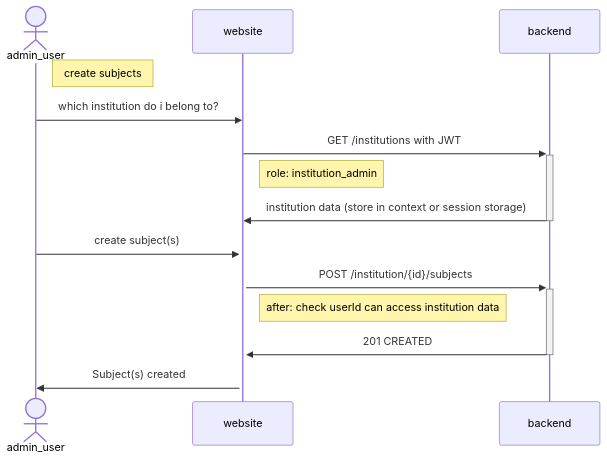
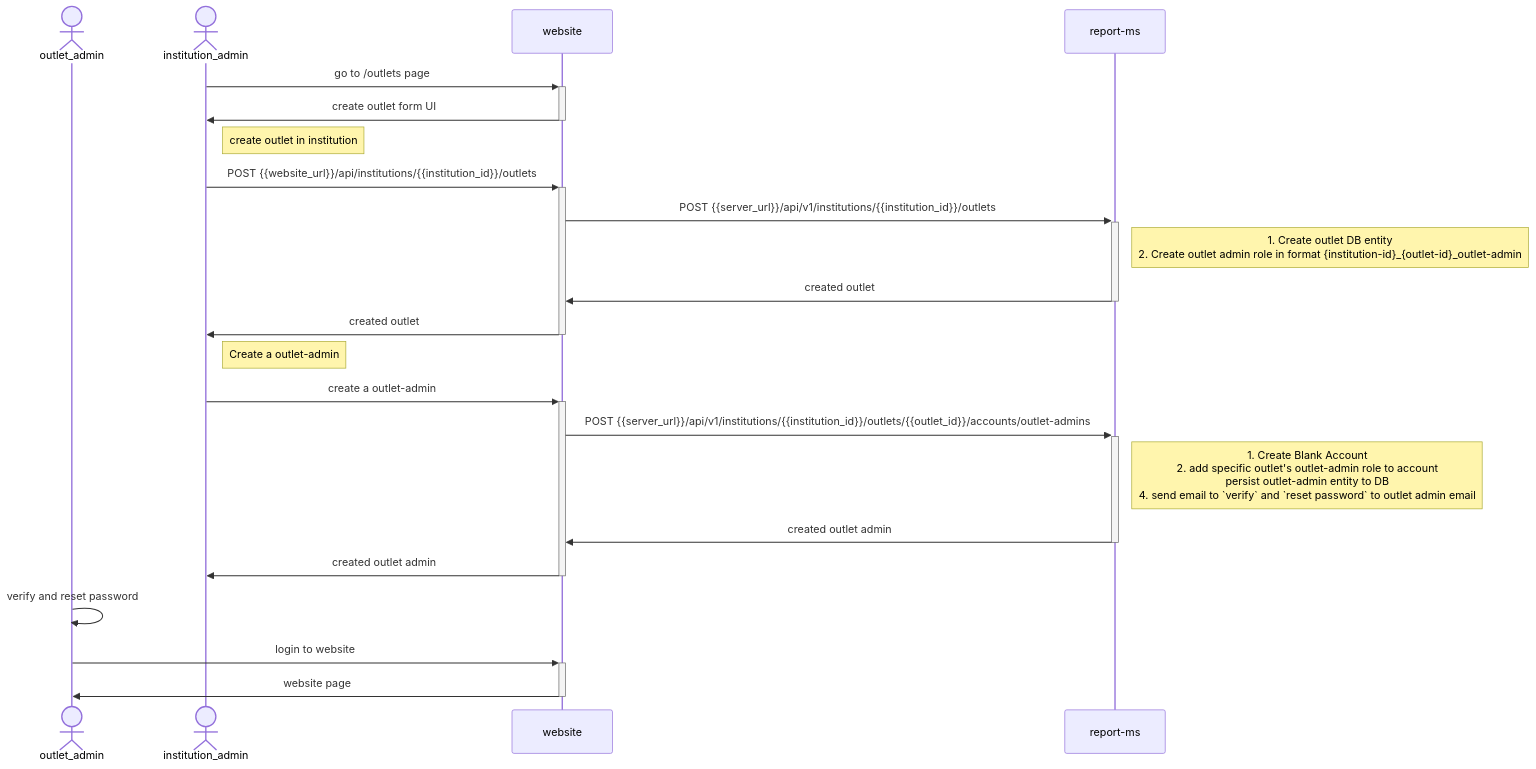
One commit to AuraAITools/aura-report-website changed the second of 6 diagrams in aura-report-website/diagrams/new-institution-admin-user-flow.md. Above: the diagram before and after it, drawn with Mermaid. The commit also changed other lines of this file and 90 other files, not shown here.

First line of the commit message:
feat(page): outlets page (#3)

````diff
--- a/aura-report-website/diagrams/new-institution-admin-user-flow.md
+++ b/aura-report-website/diagrams/new-institution-admin-user-flow.md
@@ -37,17 +52,26 @@
 ```mermaid
 sequenceDiagram
-    actor admin_user
+    actor outlet_admin
+    actor institution_admin
     participant website
-    participant backend
+    participant report-ms
 
-    note right of admin_user: create subjects
-    admin_user ->> website: which institution do i belong to?
-    website ->> +backend: GET /institutions with JWT
-    note right of website: role: institution_admin
-    backend ->> -website: institution data (store in context or session storage)
-    admin_user ->> +website: create subject(s)
-    website->> +backend: POST /institution/{id}/subjects
-    note right of website: after: check userId can access institution data
-    backend ->> -website: 201 CREATED
-    website ->> admin_user: Subject(s) created
+    institution_admin ->> +website: go to /outlets page
+    website ->> -institution_admin: create outlet form UI
+    note right of institution_admin: create outlet in institution
+    institution_admin ->> +website: POST {{website_url}}/api/institutions/{{institution_id}}/outlets
+    website ->> +report-ms: POST {{server_url}}/api/v1/institutions/{{institution_id}}/outlets
+    note right of report-ms: 1. Create outlet DB entity <br> 2. Create outlet admin role in format {institution-id}_{outlet-id}_outlet-admin
+    report-ms ->> -website: created outlet
+    website ->> -institution_admin: created outlet
+    note right of institution_admin: Create a outlet-admin
+    institution_admin ->> +website: create a outlet-admin
+    website ->> +report-ms: POST {{server_url}}/api/v1/institutions/{{institution_id}}/outlets/{{outlet_id}}/accounts/outlet-admins
+    note right of report-ms: 1. Create Blank Account <br> 2. add specific outlet's outlet-admin role to account <br> persist outlet-admin entity to DB <br> 4. send email to `verify` and `reset password` to outlet admin email
+    report-ms ->> -website: created outlet admin
+    website ->> -institution_admin: created outlet admin
+    outlet_admin ->> outlet_admin: verify and reset password
+    outlet_admin ->> +website: login to website
+    website ->> -outlet_admin: website page
+
 ```
````
